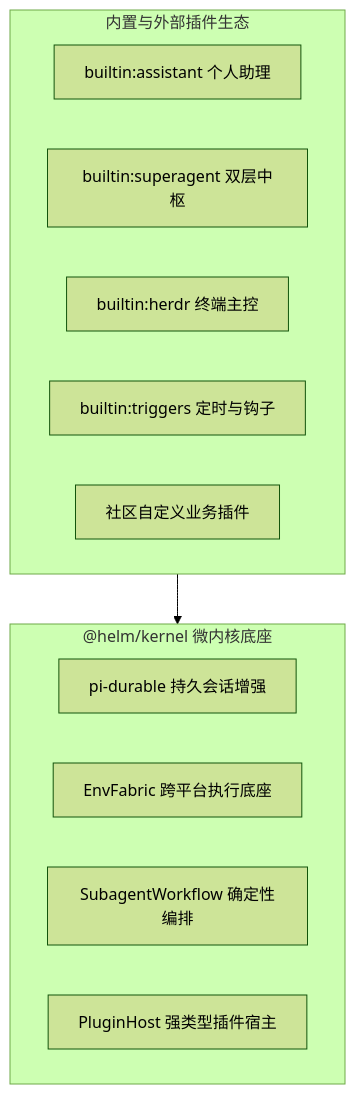
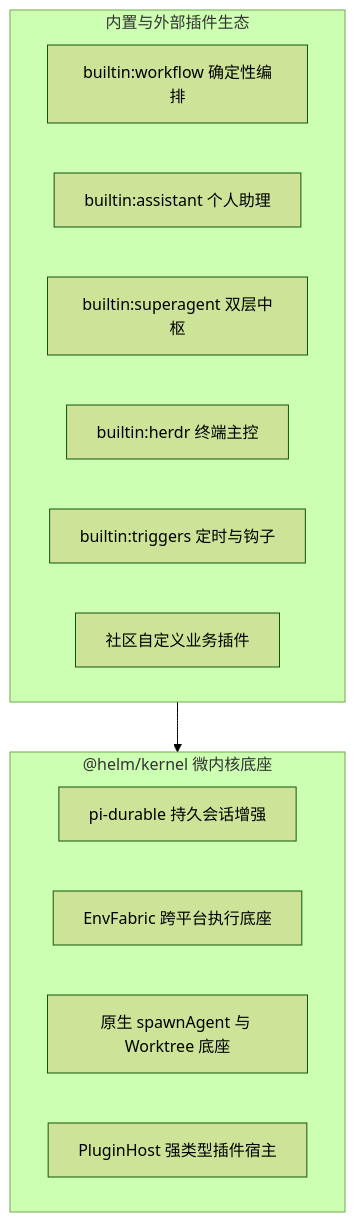
Before and after one commit to team4u/helm: the first of 4 diagrams in docs/architecture/overview.md, drawn with Mermaid (forest theme). The commit also changed other lines of this file and 14 other files, not shown here.

````diff
--- a/docs/architecture/overview.md
+++ b/docs/architecture/overview.md
@@ -13,19 +13,20 @@
 ```mermaid
 flowchart TD
     subgraph Core["@helm/kernel 微内核底座"]
         Durable["pi-durable 持久会话增强"]
         Fabric["EnvFabric 跨平台执行底座"]
-        Workflow["SubagentWorkflow 确定性编排"]
+        Spawn["原生 spawnAgent 与 Worktree 底座"]
         Host["PluginHost 强类型插件宿主"]
     end
 
     subgraph Plugins["内置与外部插件生态"]
+        Workflow["builtin:workflow 确定性编排"]
         Assistant["builtin:assistant 个人助理"]
         Superagent["builtin:superagent 双层中枢"]
         Herdr["builtin:herdr 终端主控"]
         Triggers["builtin:triggers 定时与钩子"]
         Custom["社区自定义业务插件"]
     end
 
     Plugins --> Core
 ```
````
